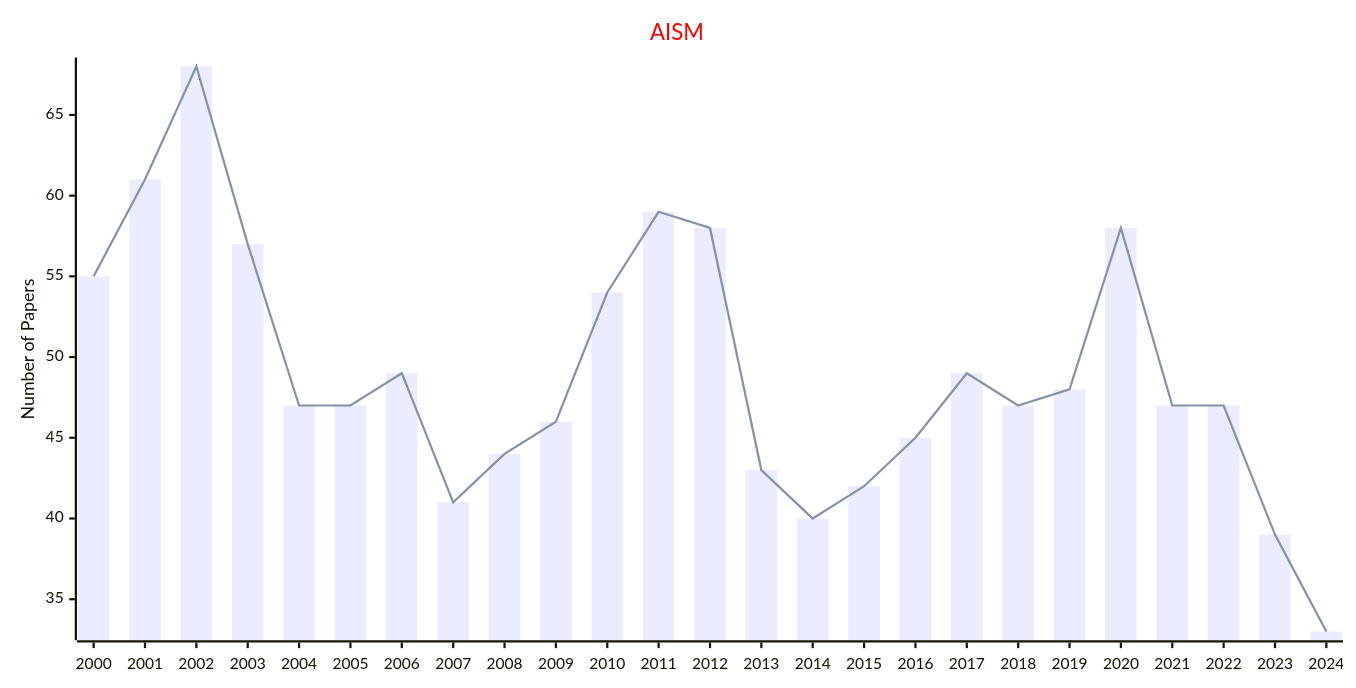
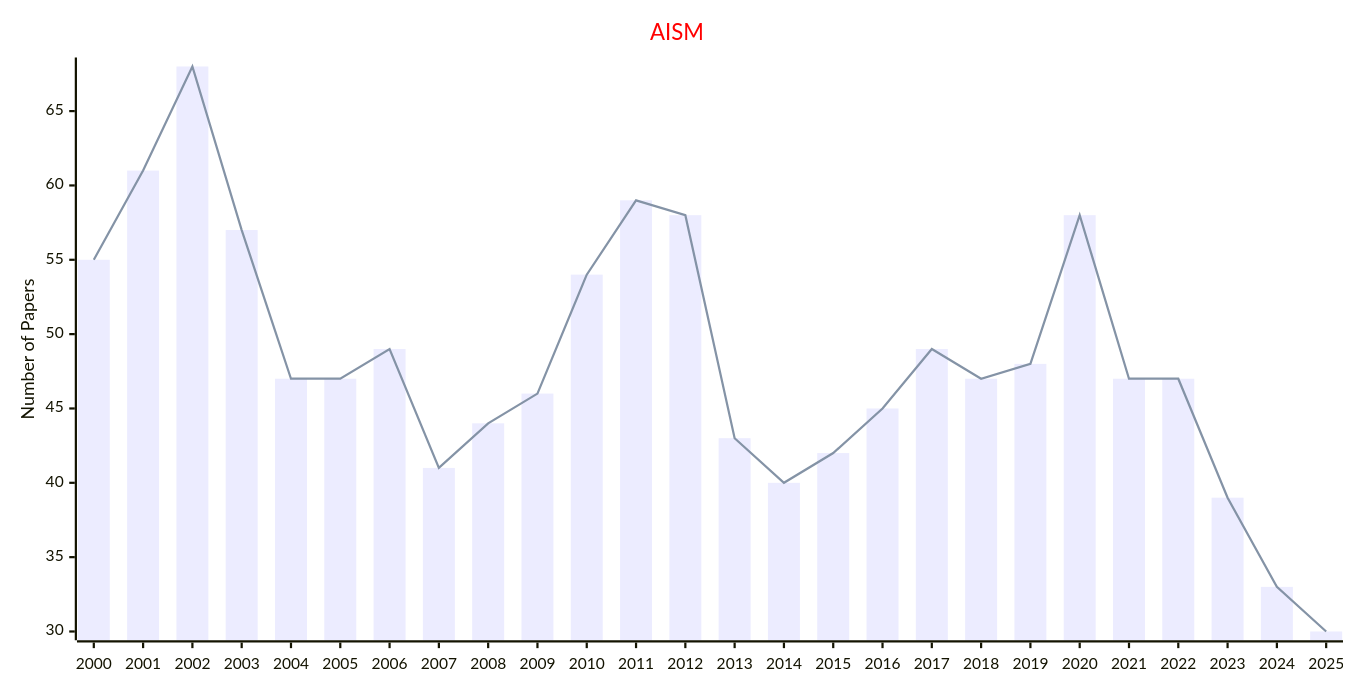
Before and after one commit to Easy-PhD/AILinks: the second of 6 diagrams in docs/data/Journals/Statistics_Journals/Statistics.md, drawn with Mermaid. The commit also changed other lines of this file and 107 other files, not shown here.

````diff
--- a/docs/data/Journals/Statistics_Journals/Statistics.md
+++ b/docs/data/Journals/Statistics_Journals/Statistics.md
@@ -39,17 +39,17 @@
 ```mermaid
 ---
 config:
     xyChart:
         width: 1200
         height: 600
     themeVariables:
         xyChart:
             titleColor: "#ff0000"
 ---
 xychart-beta
     title "AISM"
-    x-axis [2000, 2001, 2002, 2003, 2004, 2005, 2006, 2007, 2008, 2009, 2010, 2011, 2012, 2013, 2014, 2015, 2016, 2017, 2018, 2019, 2020, 2021, 2022, 2023, 2024]
+    x-axis [2000, 2001, 2002, 2003, 2004, 2005, 2006, 2007, 2008, 2009, 2010, 2011, 2012, 2013, 2014, 2015, 2016, 2017, 2018, 2019, 2020, 2021, 2022, 2023, 2024, 2025]
     y-axis "Number of Papers"
-    bar [55, 61, 68, 57, 47, 47, 49, 41, 44, 46, 54, 59, 58, 43, 40, 42, 45, 49, 47, 48, 58, 47, 47, 39, 33]
-    line [55, 61, 68, 57, 47, 47, 49, 41, 44, 46, 54, 59, 58, 43, 40, 42, 45, 49, 47, 48, 58, 47, 47, 39, 33]
+    bar [55, 61, 68, 57, 47, 47, 49, 41, 44, 46, 54, 59, 58, 43, 40, 42, 45, 49, 47, 48, 58, 47, 47, 39, 33, 30]
+    line [55, 61, 68, 57, 47, 47, 49, 41, 44, 46, 54, 59, 58, 43, 40, 42, 45, 49, 47, 48, 58, 47, 47, 39, 33, 30]
 ```
````
